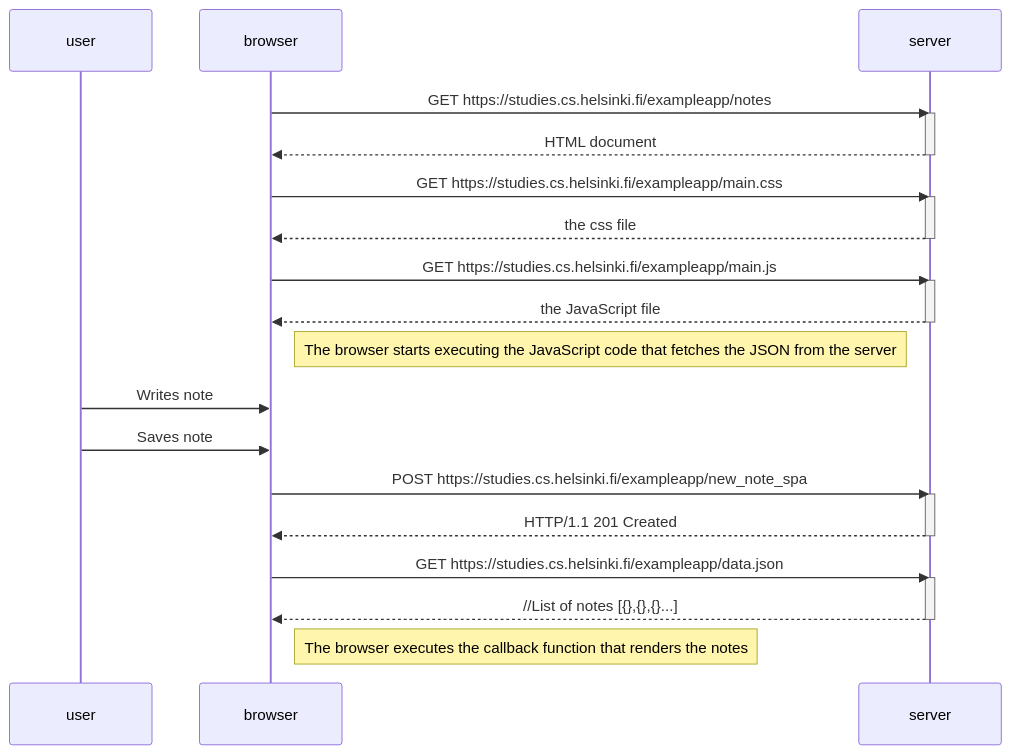
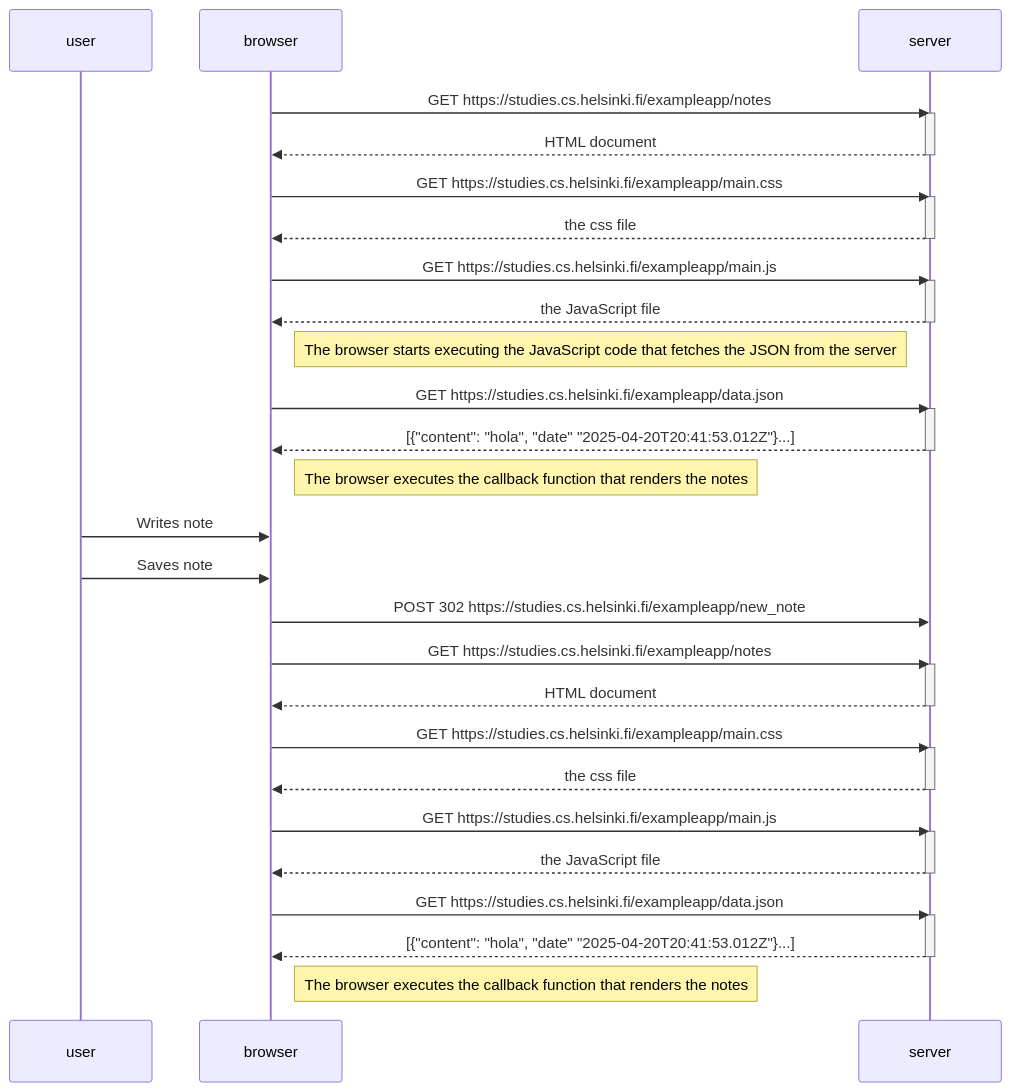
The diagram in part0/0.4 - New note diagram.md (Jm0nti/Fullstackopen), drawn with Mermaid before and after one commit. The commit also changed 2 other files, not shown here.

Commit message:
feat: 0.5, 0.6, fix: 0.4

````diff
--- a/part0/0.4 - New note diagram.md
+++ b/part0/0.4 - New note diagram.md
@@ -1,38 +1,58 @@
 ```mermaid
 sequenceDiagram
     participant user
     participant browser
     participant server
 
     browser->>server: GET https://studies.cs.helsinki.fi/exampleapp/notes
     activate server
     server-->>browser: HTML document
     deactivate server
 
     browser->>server: GET https://studies.cs.helsinki.fi/exampleapp/main.css
     activate server
     server-->>browser: the css file
     deactivate server
 
     browser->>server: GET https://studies.cs.helsinki.fi/exampleapp/main.js
     activate server
     server-->>browser: the JavaScript file
     deactivate server
 
     Note right of browser: The browser starts executing the JavaScript code that fetches the JSON from the server
+
+    browser->>server: GET https://studies.cs.helsinki.fi/exampleapp/data.json
+
+    activate server
+    server-->>browser: [{"content": "hola", "date" "2025-04-20T20:41:53.012Z"}...]
+    deactivate server
+    Note right of browser: The browser executes the callback function that renders the notes
     
     user->>browser: Writes note
     user->>browser: Saves note
 
-    browser->>server: POST https://studies.cs.helsinki.fi/exampleapp/new_note_spa
+    browser->>server: POST 302 https://studies.cs.helsinki.fi/exampleapp/new_note
+
+    browser->>server: GET https://studies.cs.helsinki.fi/exampleapp/notes
     activate server
-    server-->>browser: HTTP/1.1 201 Created
+    server-->>browser: HTML document
     deactivate server
+
+    browser->>server: GET https://studies.cs.helsinki.fi/exampleapp/main.css
+    activate server
+    server-->>browser: the css file
+    deactivate server
+
+    browser->>server: GET https://studies.cs.helsinki.fi/exampleapp/main.js
+    activate server
+    server-->>browser: the JavaScript file
+    deactivate server
+    
     browser->>server: GET https://studies.cs.helsinki.fi/exampleapp/data.json
 
     activate server
-    server-->>browser: //List of notes [{},{},{}...]
+    server-->>browser: [{"content": "hola", "date" "2025-04-20T20:41:53.012Z"}...]
     deactivate server
 
     Note right of browser: The browser executes the callback function that renders the notes
 ```
````
